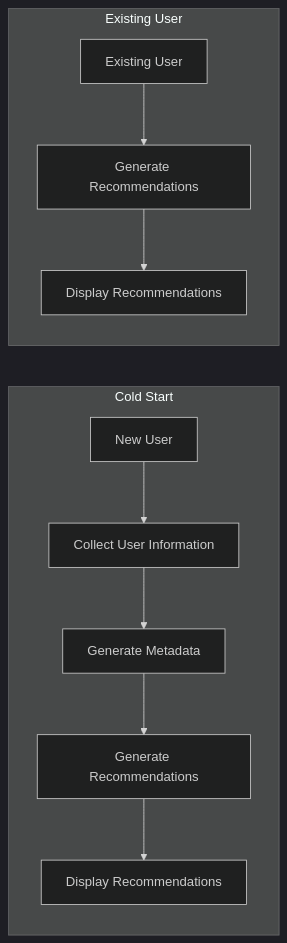
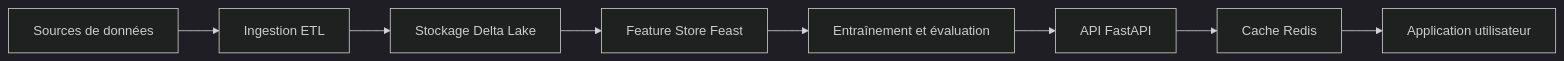
Before and after one commit to Jason-Ecole-IT/Reco-E-commerce: the first of 2 diagrams in docs/architecture.md, drawn with Mermaid (dark theme). The commit also changed other lines of this file and 9 other files, not shown here.

`````diff
--- a/docs/architecture.md
+++ b/docs/architecture.md
@@ -7,19 +7,10 @@
-````mermaid
-graph LR
-
-    subgraph "Cold Start"
-        A[New User]
-        B[Collect User Information]
-        C[Generate Metadata]
-        D[Generate Recommendations]
-        E[Display Recommendations]
-        A --> B --> C --> D --> E
-    end
-
-    subgraph "Existing User"
-        F[Existing User]
-        G[Generate Recommendations]
-        H[Display Recommendations]
-        F --> G --> H
-    end
-````
+```mermaid
+flowchart LR
+    A[Sources de données] --> B[Ingestion ETL]
+    B --> C[Stockage Delta Lake]
+    C --> D[Feature Store Feast]
+    D --> E[Entraînement et évaluation]
+    E --> F[API FastAPI]
+    F --> G[Cache Redis]
+    G --> H[Application utilisateur]
+```
`````
